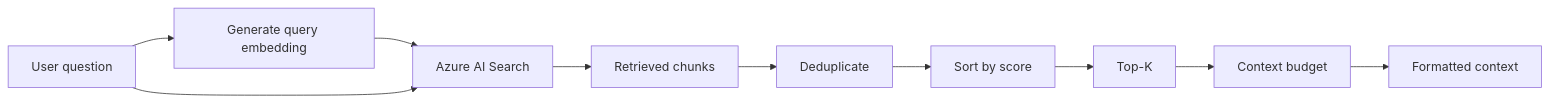
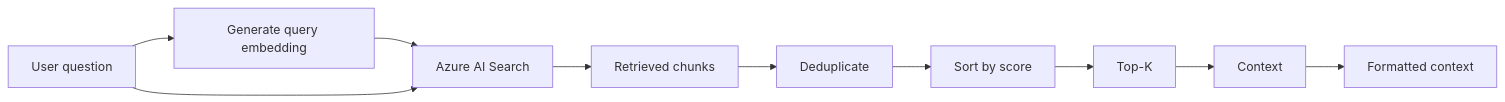
Before and after one commit to dabrm/RAG_Phase2_Azure_IaC: the eighth of 12 diagrams in project_walkthru.md, drawn with Mermaid. The commit also changed other lines of this file, not shown here.

````diff
--- a/project_walkthru.md
+++ b/project_walkthru.md
@@ -414,12 +332,12 @@
 ```mermaid
 flowchart LR
     Q["User question"] --> E["Generate query embedding"]
     E --> S["Azure AI Search"]
     Q --> S
     S --> D["Retrieved chunks"]
     D --> DD["Deduplicate"]
     DD --> SORT["Sort by score"]
     SORT --> K["Top-K"]
-    K --> B["Context budget"]
+    K --> B["Context"]
     B --> C["Formatted context"]
 ```
````
